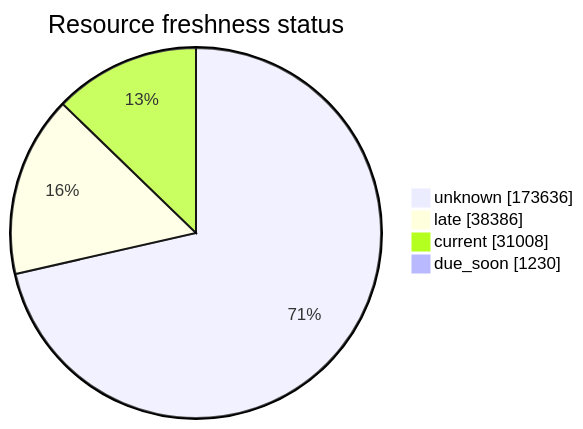
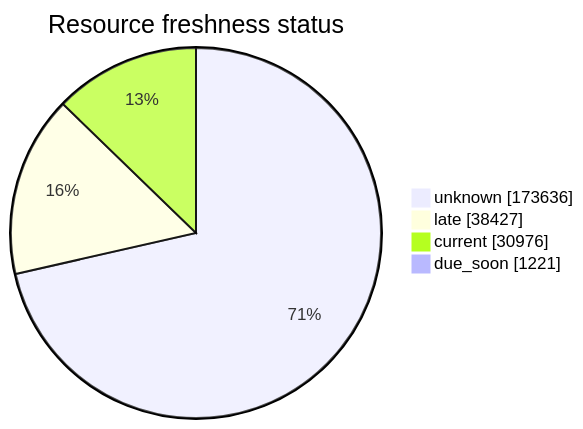
The third of 5 diagrams in FreshCheck/README.md (open-data/analytics-corporate-reporting), drawn with Mermaid before and after one commit. The commit also changed other lines of this file and 3 other files, not shown here.

````diff
--- a/FreshCheck/README.md
+++ b/FreshCheck/README.md
@@ -77,7 +77,7 @@
 ```mermaid
 pie showData title Resource freshness status
     "unknown": 173636
-    "late": 38386
-    "current": 31008
-    "due_soon": 1230
+    "late": 38427
+    "current": 30976
+    "due_soon": 1221
 ```
````
